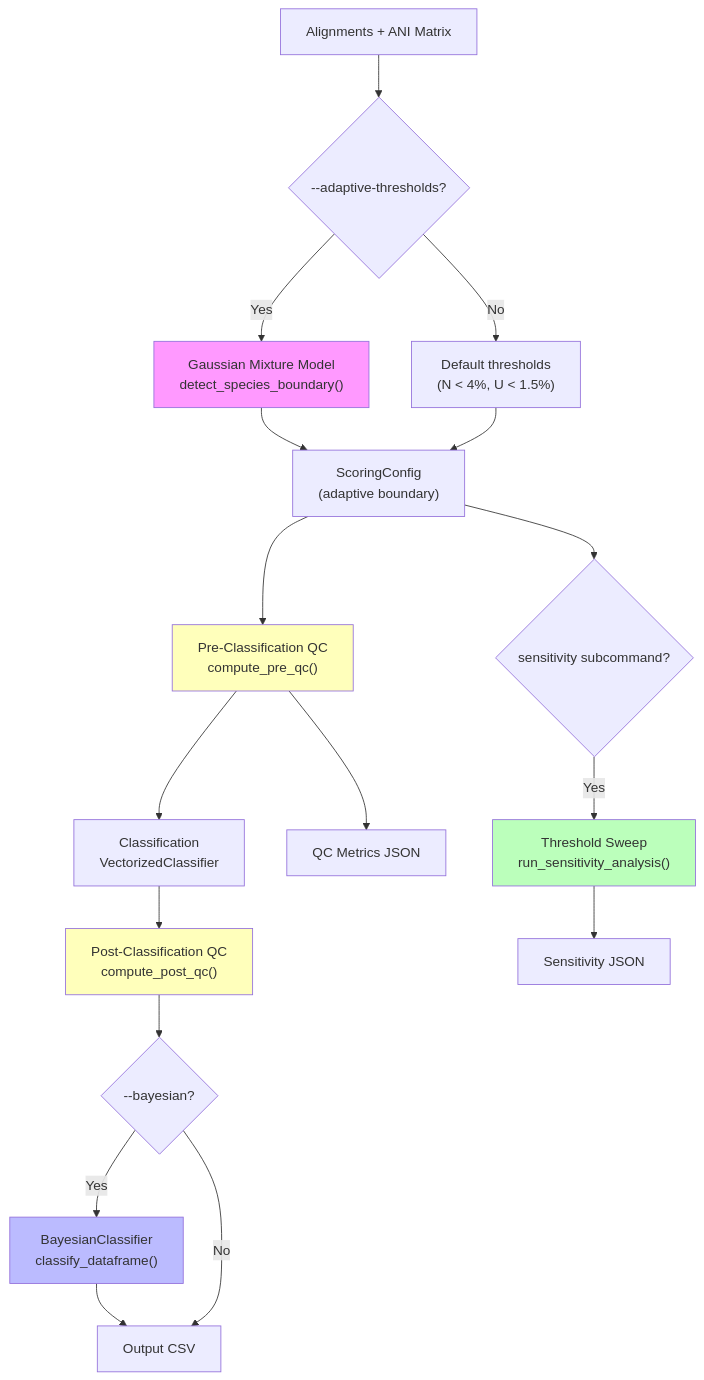
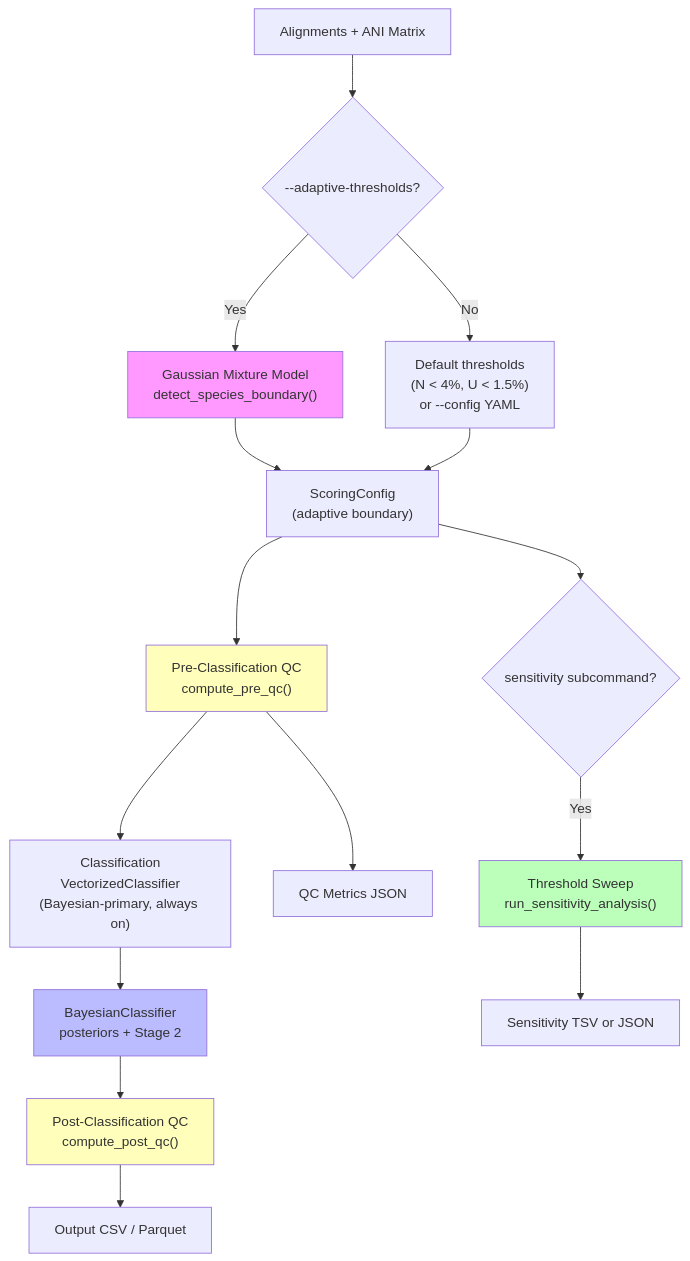
Diagram 16 of 20 in docs/ARCHITECTURE.md (FOI-Bioinformatics/metadarkmatter), drawn with Mermaid before and after one commit. The commit also changed other lines of this file and 3 other files, not shown here.

````diff
--- a/docs/ARCHITECTURE.md
+++ b/docs/ARCHITECTURE.md
@@ -617,31 +646,28 @@
 ```mermaid
 flowchart TD
     INPUT["Alignments + ANI Matrix"]
 
     INPUT --> ADAPTIVE{"--adaptive-thresholds?"}
     ADAPTIVE --> |Yes| GMM["Gaussian Mixture Model<br/>detect_species_boundary()"]
-    ADAPTIVE --> |No| DEFAULT["Default thresholds<br/>(N < 4%, U < 1.5%)"]
+    ADAPTIVE --> |No| DEFAULT["Default thresholds<br/>(N < 4%, U < 1.5%)<br/>or --config YAML"]
     GMM --> CONFIG["ScoringConfig<br/>(adaptive boundary)"]
     DEFAULT --> CONFIG
 
     CONFIG --> PRE_QC["Pre-Classification QC<br/>compute_pre_qc()"]
-    PRE_QC --> CLASSIFY["Classification<br/>VectorizedClassifier"]
-    CLASSIFY --> POST_QC["Post-Classification QC<br/>compute_post_qc()"]
-
-    POST_QC --> BAYESIAN{"--bayesian?"}
-    BAYESIAN --> |Yes| BAYES["BayesianClassifier<br/>classify_dataframe()"]
-    BAYESIAN --> |No| OUT["Output CSV"]
-    BAYES --> OUT
+    PRE_QC --> CLASSIFY["Classification<br/>VectorizedClassifier<br/>(Bayesian-primary, always on)"]
+    CLASSIFY --> BAYES["BayesianClassifier<br/>posteriors + Stage 2"]
+    BAYES --> POST_QC["Post-Classification QC<br/>compute_post_qc()"]
+    POST_QC --> OUT["Output CSV / Parquet"]
 
     CONFIG --> SENSITIVITY{"sensitivity subcommand?"}
     SENSITIVITY --> |Yes| SWEEP["Threshold Sweep<br/>run_sensitivity_analysis()"]
-    SWEEP --> SENS_OUT["Sensitivity JSON"]
+    SWEEP --> SENS_OUT["Sensitivity TSV or JSON"]
 
     PRE_QC --> QC_OUT["QC Metrics JSON"]
 
     style GMM fill:#f9f
     style BAYES fill:#bbf
     style SWEEP fill:#bfb
     style PRE_QC fill:#ffb
     style POST_QC fill:#ffb
 ```
````
